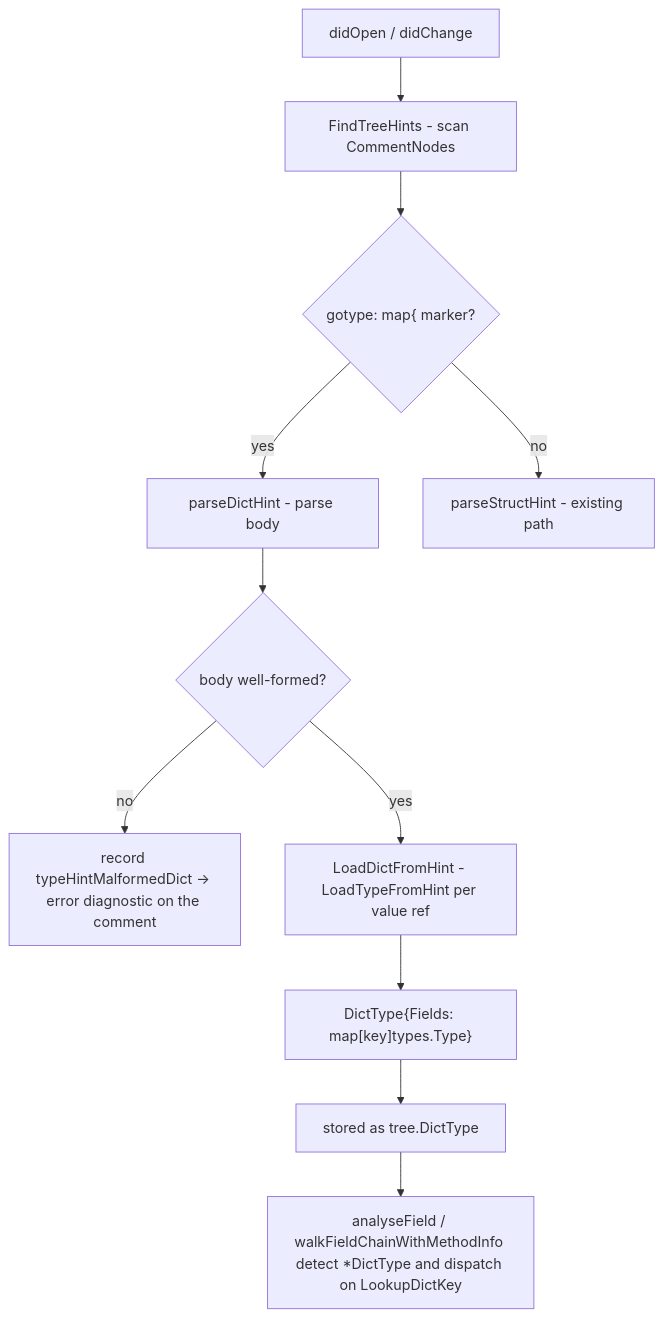
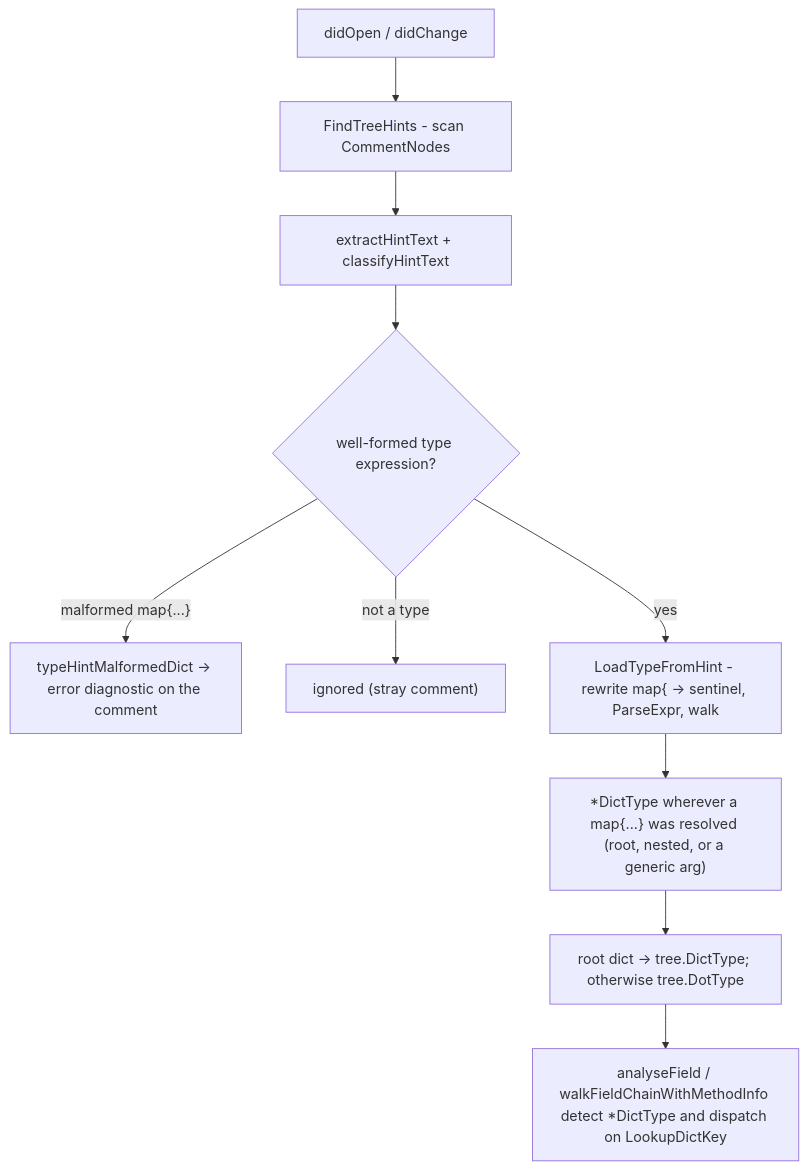
One commit to allseas/go-template-lsp changed the second of 2 diagrams in docs/features/type_hints.md. Above: the diagram before and after it, drawn with Mermaid. The commit also changed other lines of this file and 4 other files, not shown here.

First line of the commit message:
refactor(types): unify hint parsing into one pipeline; drop dict-only path

````diff
--- a/docs/features/type_hints.md
+++ b/docs/features/type_hints.md
@@ -159,13 +161,12 @@
 ```mermaid
 flowchart TD
     A["didOpen / didChange"] --> B["FindTreeHints - scan CommentNodes"]
-    B --> C{"gotype: map{ marker?"}
-    C -->|yes| D["parseDictHint - parse body"]
-    C -->|no| S["parseStructHint - existing path"]
-    D --> E{"body well-formed?"}
-    E -->|no| M["record typeHintMalformedDict → error diagnostic on the comment"]
-    E -->|yes| F["LoadDictFromHint - LoadTypeFromHint per value ref"]
-    F --> G["DictType{Fields: map[key]types.Type}"]
-    G --> H["stored as tree.DictType"]
+    B --> C["extractHintText + classifyHintText"]
+    C --> D{"well-formed type expression?"}
+    D -->|"malformed map{...}"| M["typeHintMalformedDict → error diagnostic on the comment"]
+    D -->|"not a type"| S["ignored (stray comment)"]
+    D -->|yes| L["LoadTypeFromHint - rewrite map{ → sentinel, ParseExpr, walk"]
+    L --> G["*DictType wherever a map{...} was resolved (root, nested, or a generic arg)"]
+    G --> H["root dict → tree.DictType; otherwise tree.DotType"]
     H --> I["analyseField / walkFieldChainWithMethodInfo detect *DictType and dispatch on LookupDictKey"]
 ```
````
